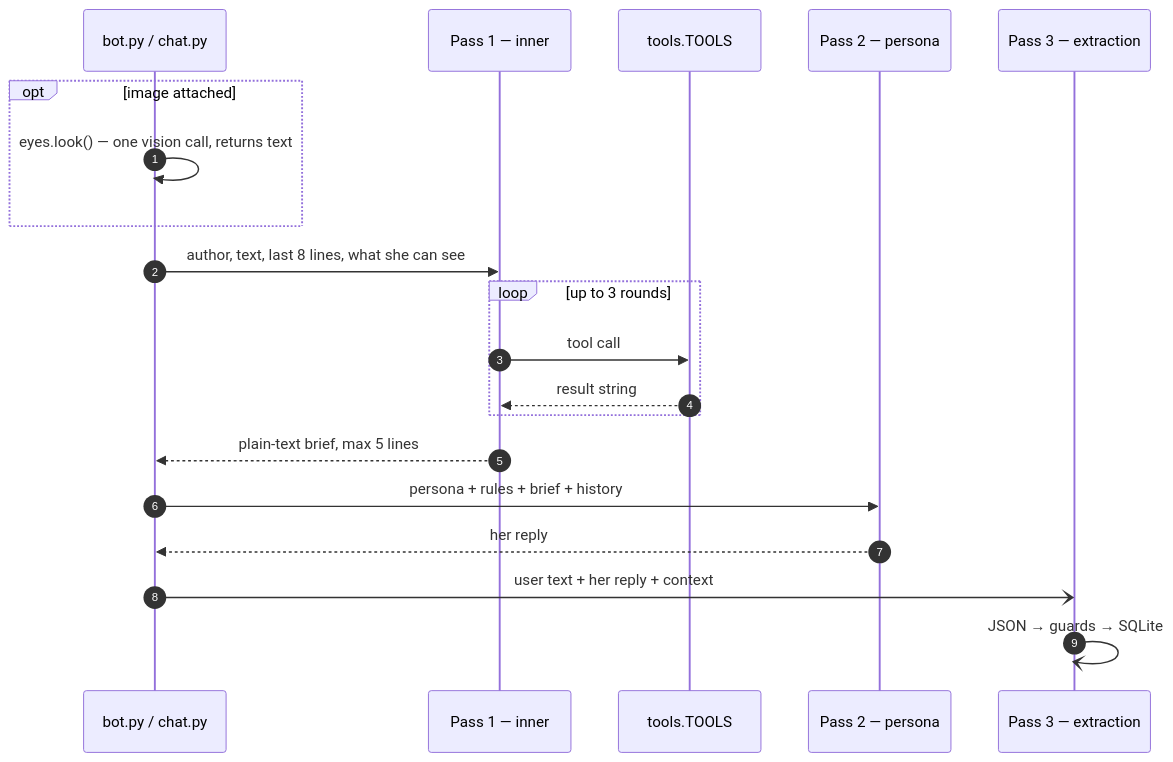
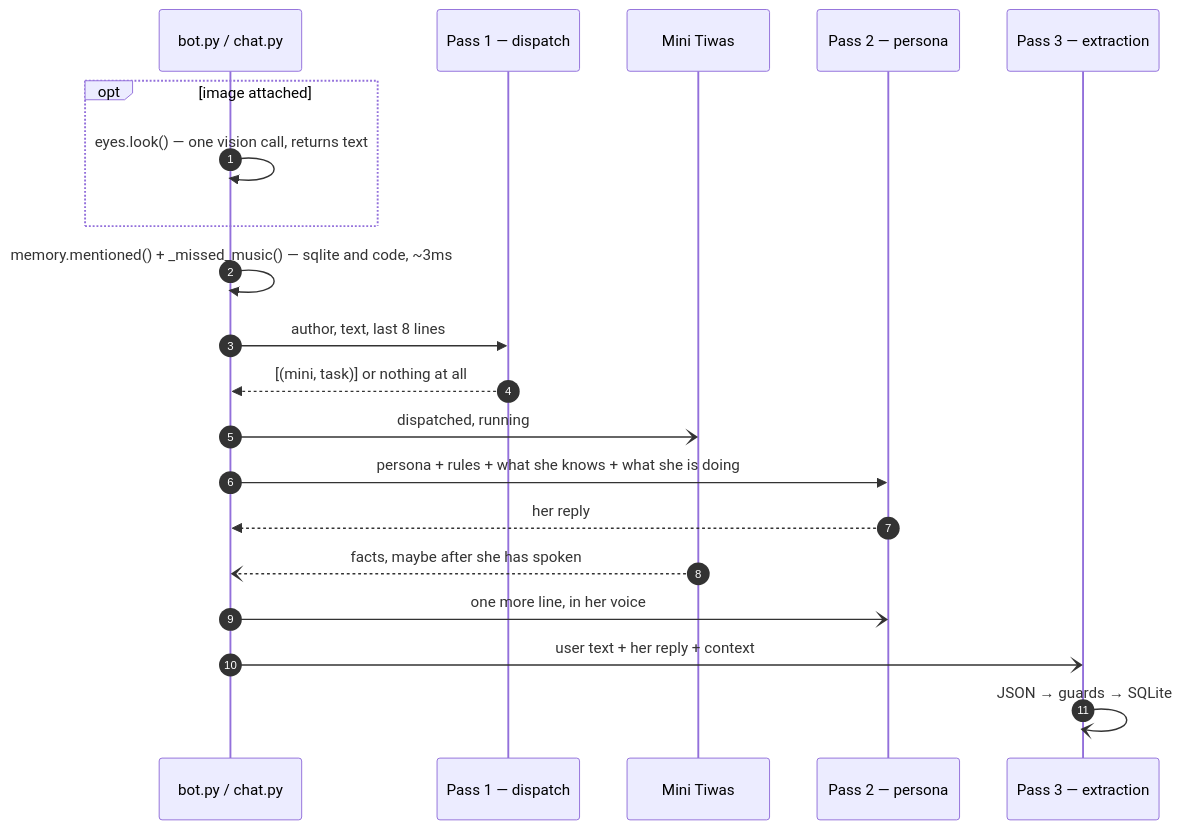
One commit to krichpapath/Tiwa-Utility-Chatbot changed the diagram in docs/concepts/three-passes.md. Above: the diagram before and after it, drawn with Mermaid. The commit also changed other lines of this file and 17 other files, not shown here.

````diff
--- a/docs/concepts/three-passes.md
+++ b/docs/concepts/three-passes.md
@@ -46,22 +49,22 @@
 ```mermaid
 sequenceDiagram
     autonumber
     participant caller as bot.py / chat.py
-    participant inner as Pass 1 — inner
-    participant tools as tools.TOOLS
+    participant disp as Pass 1 — dispatch
+    participant mini as Mini Tiwas
     participant persona as Pass 2 — persona
     participant ex as Pass 3 — extraction
     opt image attached
         caller->>caller: eyes.look() — one vision call, returns text
     end
-    caller->>inner: author, text, last 8 lines, what she can see
-    loop up to 3 rounds
-        inner->>tools: tool call
-        tools-->>inner: result string
-    end
-    inner-->>caller: plain-text brief, max 5 lines
-    caller->>persona: persona + rules + brief + history
+    caller->>caller: memory.mentioned() + _missed_music() — sqlite and code, ~3ms
+    caller->>disp: author, text, last 8 lines
+    disp-->>caller: [(mini, task)] or nothing at all
+    caller-)mini: dispatched, running
+    caller->>persona: persona + rules + what she knows + what she is doing
     persona-->>caller: her reply
+    mini--)caller: facts, maybe after she has spoken
+    caller-)persona: one more line, in her voice
     caller-)ex: user text + her reply + context
     ex-)ex: JSON → guards → SQLite
 ```
````
